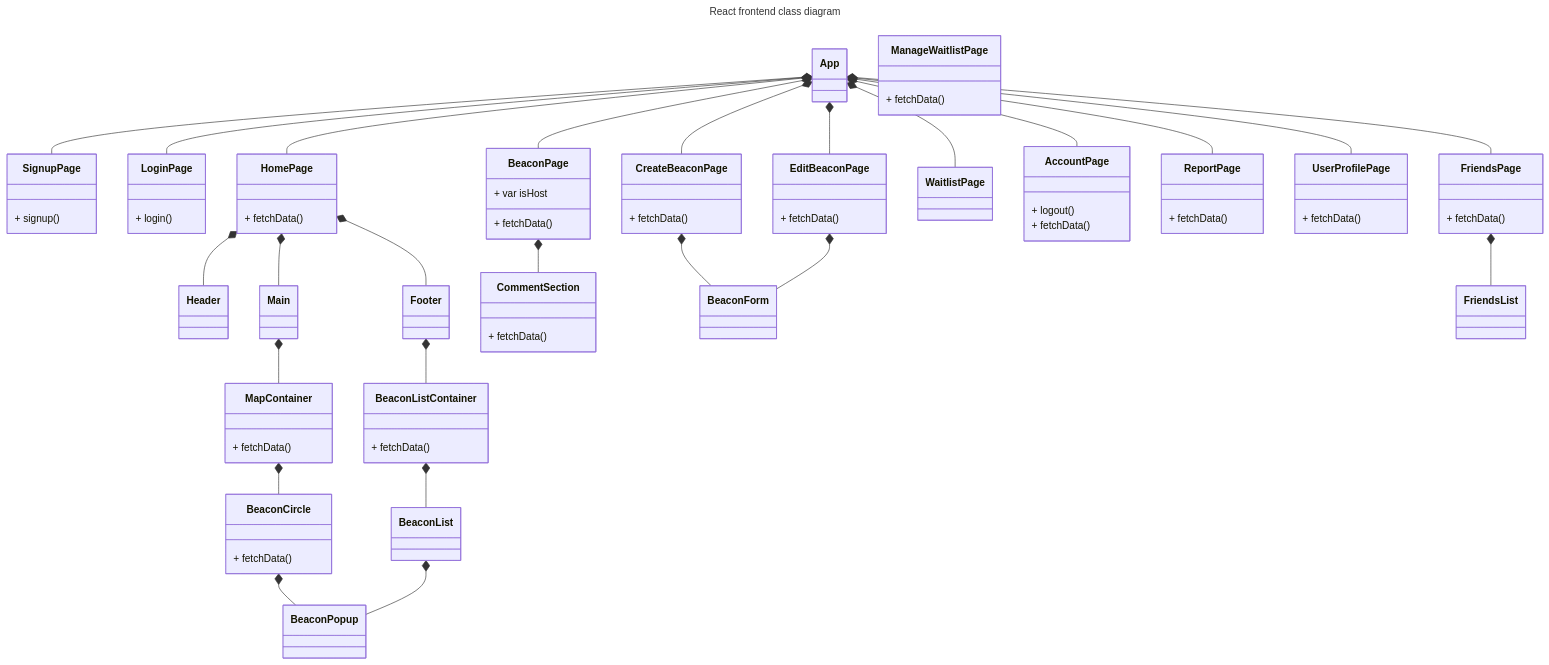
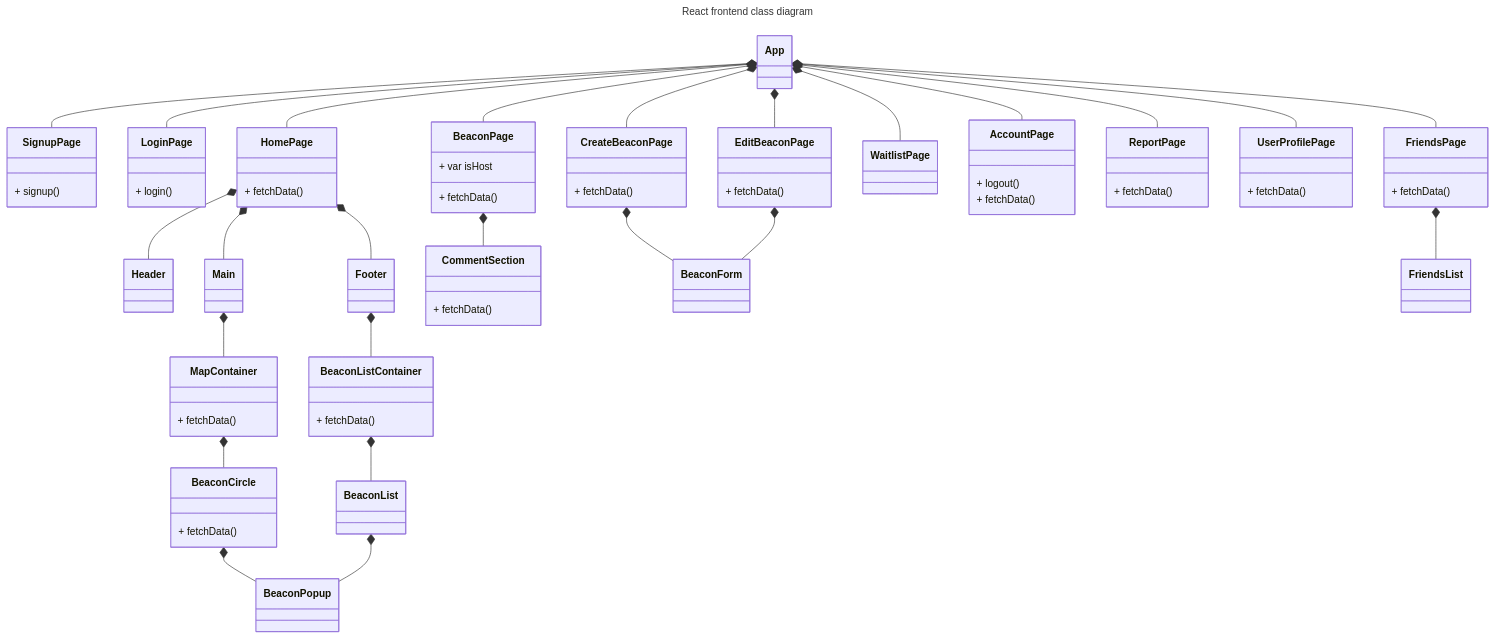
Before and after one commit to jenniferlieu/project-lomo-in-person-gaming-app: the first of 7 diagrams in documentation/docs/system-architecture/classdiagrams.md, drawn with Mermaid.

Commit message:
Delete floating class in frontend diagram

```diff
--- a/documentation/docs/system-architecture/classdiagrams.md
+++ b/documentation/docs/system-architecture/classdiagrams.md
@@ -80,10 +80,6 @@
         + fetchData()
     }
 
-    class ManageWaitlistPage{
-        + fetchData()
-    }
-
     class AccountPage{
         + logout()
         + fetchData()
```
